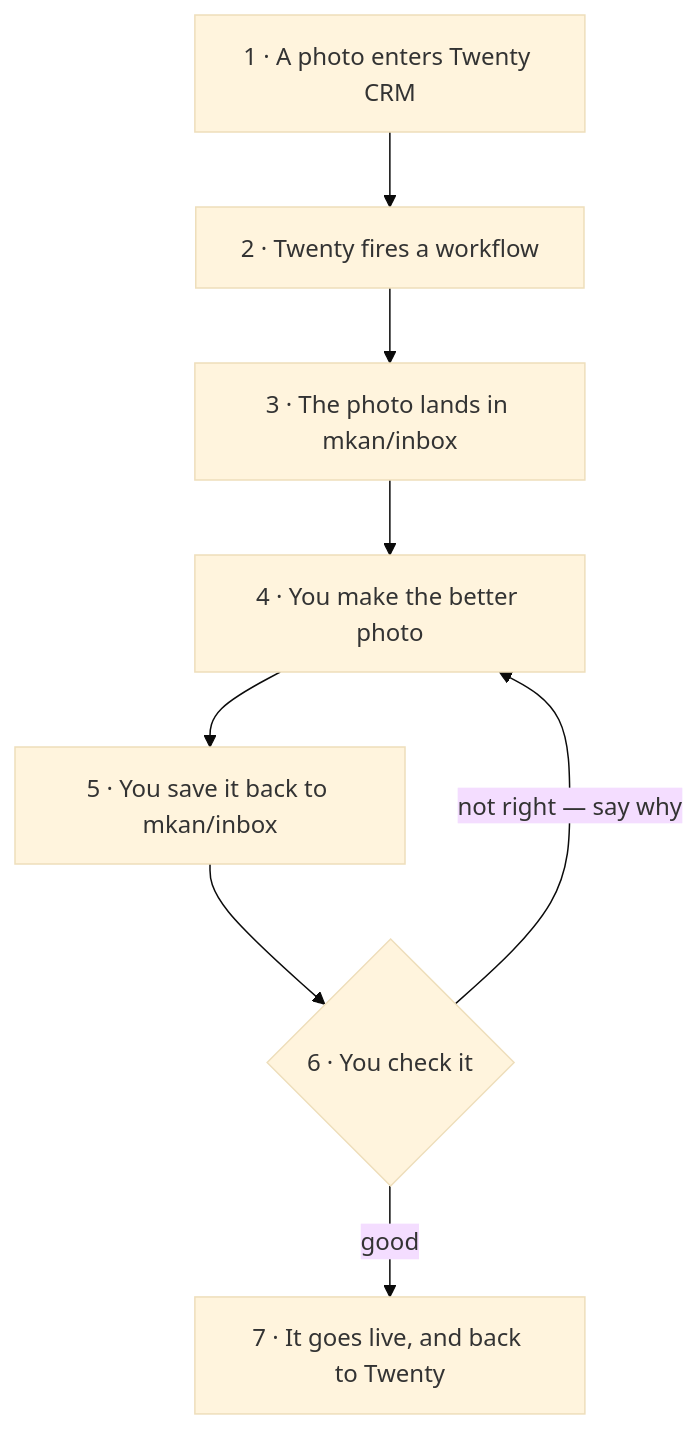
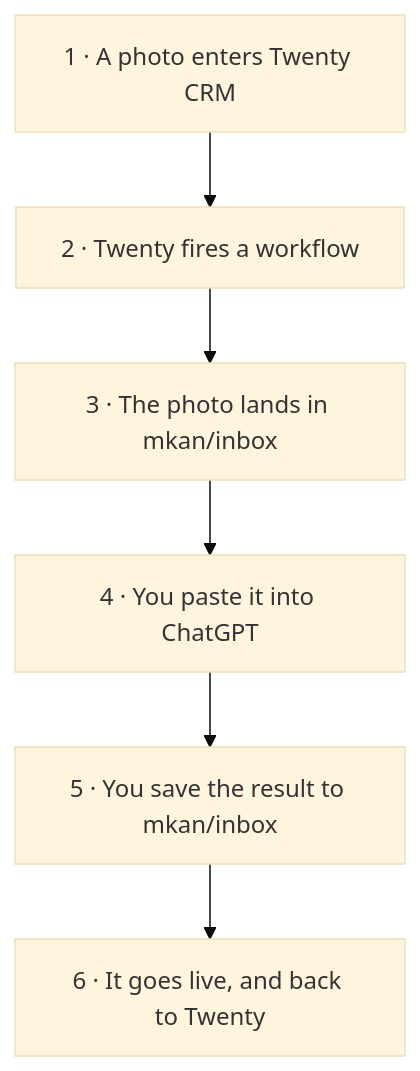
The diagram in content/docs/master.mdx (databayt/kun), drawn with Mermaid (base theme) before and after one commit. The commit also changed other lines of this file, not shown here.

````diff
--- a/content/docs/master.mdx
+++ b/content/docs/master.mdx
@@ -29,13 +29,10 @@
 ```mermaid
 graph TD
     S1["1 · A photo enters Twenty CRM"]
     S2["2 · Twenty fires a workflow"]
     S3["3 · The photo lands in mkan/inbox"]
-    S4["4 · You make the better photo"]
-    S5["5 · You save it back to mkan/inbox"]
-    S6{"6 · You check it"}
-    S7["7 · It goes live, and back to Twenty"]
+    S4["4 · You paste it into ChatGPT"]
+    S5["5 · You save the result to mkan/inbox"]
+    S6["6 · It goes live, and back to Twenty"]
     S1 --> S2 --> S3 --> S4 --> S5 --> S6
-    S6 -->|"good"| S7
-    S6 -->|"not right — say why"| S4
 ```
````
